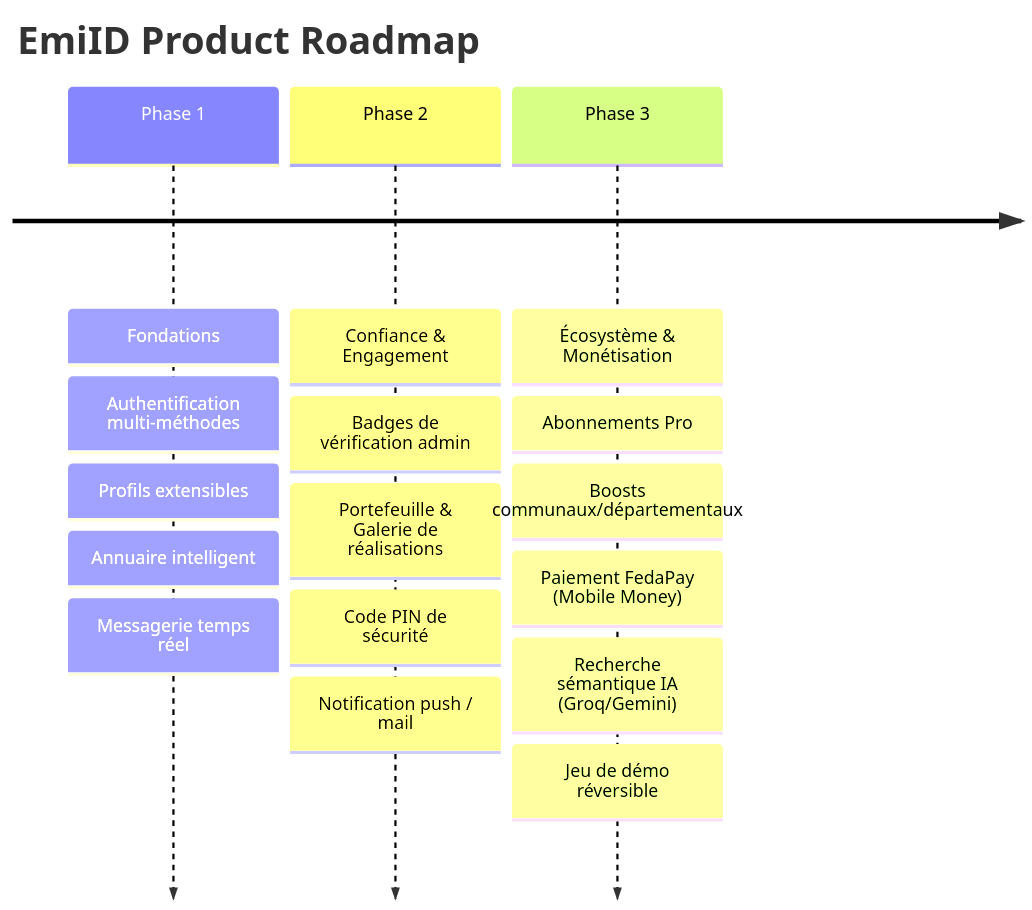
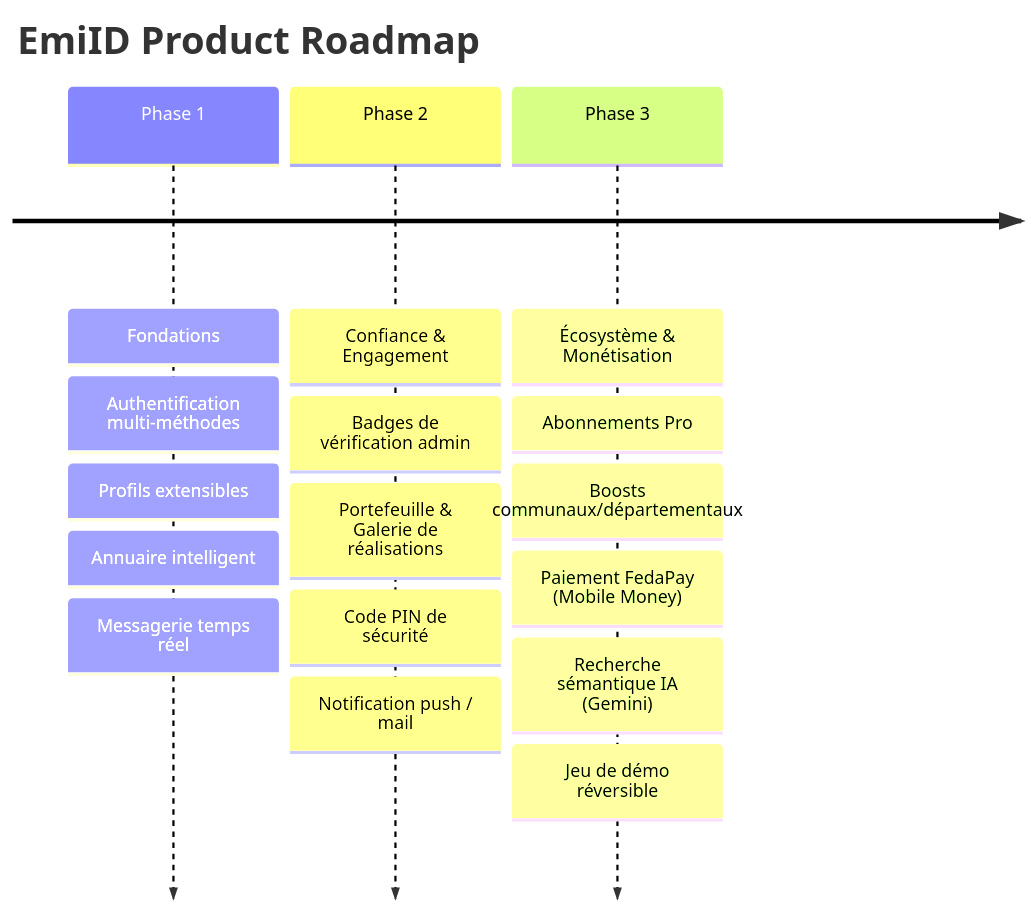
Before and after one commit to Hop-Syder/app-emiid: the first of 2 diagrams in docs/PROJECT_OVERVIEW.md, drawn with Mermaid. The commit also changed 8 other files, not shown here.

````diff
--- a/docs/PROJECT_OVERVIEW.md
+++ b/docs/PROJECT_OVERVIEW.md
@@ -35,7 +35,7 @@
 ```mermaid
 timeline
     title EmiID Product Roadmap
     Phase 1 : Fondations : Authentification multi-méthodes : Profils extensibles : Annuaire intelligent : Messagerie temps réel
     Phase 2 : Confiance & Engagement : Badges de vérification admin : Portefeuille & Galerie de réalisations : Code PIN de sécurité : Notification push / mail
-    Phase 3 : Écosystème & Monétisation : Abonnements Pro : Boosts communaux/départementaux : Paiement FedaPay (Mobile Money) : Recherche sémantique IA (Groq/Gemini) : Jeu de démo réversible
+    Phase 3 : Écosystème & Monétisation : Abonnements Pro : Boosts communaux/départementaux : Paiement FedaPay (Mobile Money) : Recherche sémantique IA (Gemini) : Jeu de démo réversible
 ```
````
